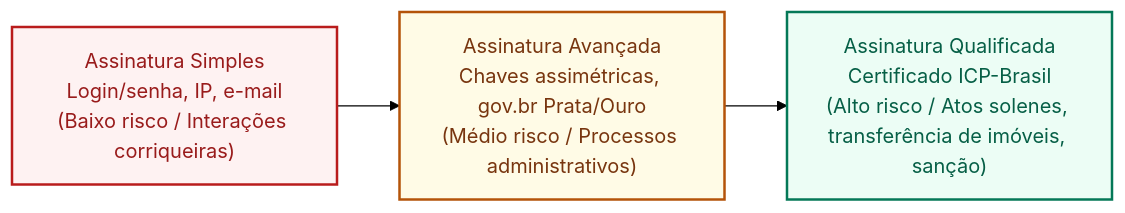
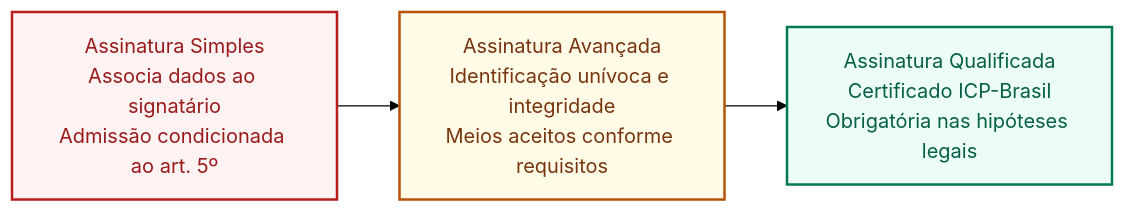
One commit to leorruas/concursos changed the second of 2 diagrams in 3 - Materias/Informatica/17 - governanca digital e responsabilidade no servico publico.md. Above: the diagram before and after it, drawn with Mermaid (forest theme). The commit also changed other lines of this file, not shown here.

Commit message:
fix(camara-ti): reparar lacunas de conteudo 17

````diff
--- a/3 - Materias/Informatica/17 - governanca digital e responsabilidade no servico publico.md
+++ b/3 - Materias/Informatica/17 - governanca digital e responsabilidade no servico publico.md
@@ -57,12 +57,12 @@
 ```mermaid
 flowchart LR
     classDef simples fill:#fef2f2,stroke:#b91c1c,stroke-width:2px,color:#991b1b;
     classDef avancada fill:#fffbe6,stroke:#b45309,stroke-width:2px,color:#78350f;
     classDef qualificada fill:#ecfdf5,stroke:#047857,stroke-width:2px,color:#065f46;
 
-    S["Assinatura Simples<br>Login/senha, IP, e-mail<br>(Baixo risco / Interações corriqueiras)"]:::simples
-    A["Assinatura Avançada<br>Chaves assimétricas, gov.br Prata/Ouro<br>(Médio risco / Processos administrativos)"]:::avancada
-    Q["Assinatura Qualificada<br>Certificado ICP-Brasil<br>(Alto risco / Atos solenes, transferência de imóveis, sanção)"]:::qualificada
+    S["Assinatura Simples<br>Associa dados ao signatário<br>Admissão condicionada ao art. 5º"]:::simples
+    A["Assinatura Avançada<br>Identificação unívoca e integridade<br>Meios aceitos conforme requisitos"]:::avancada
+    Q["Assinatura Qualificada<br>Certificado ICP-Brasil<br>Obrigatória nas hipóteses legais"]:::qualificada
 
     S --> A --> Q
 ```
````
